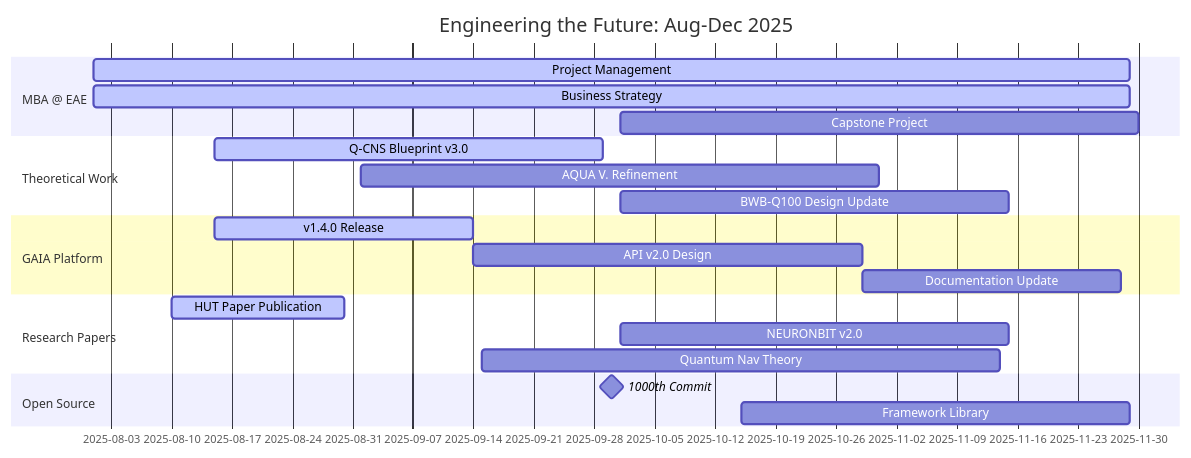
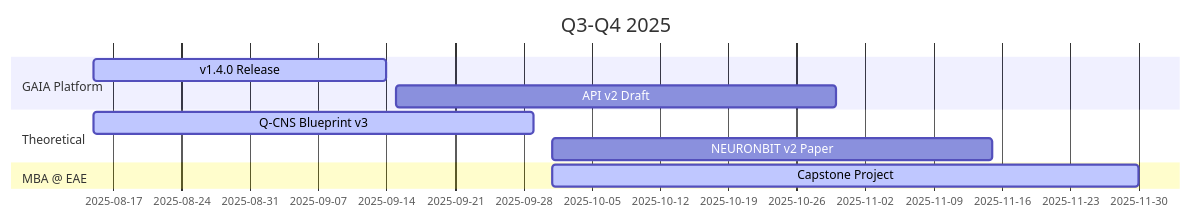
One commit to Robbbo-T/Robbbo-T changed the diagram in README.md. Above: the diagram before and after it, drawn with Mermaid. The commit also changed other lines of this file, not shown here.

````diff
--- a/README.md
+++ b/README.md
@@ -238,28 +81,13 @@
 ```mermaid
 gantt
-    title Engineering the Future: Aug-Dec 2025
-    dateFormat YYYY-MM-DD
-    section MBA @ EAE
-    Project Management    :active, mba1, 2025-08-01, 120d
-    Business Strategy     :active, mba2, 2025-08-01, 120d
-    Capstone Project      :        mba3, 2025-10-01, 60d
-    
-    section Theoretical Work
-    Q-CNS Blueprint v3.0   :active, theo1, 2025-08-15, 45d
-    AQUA V. Refinement    :        theo2, 2025-09-01, 60d
-    BWB-Q100 Design Update:        theo3, 2025-10-01, 45d
-    
-    section GAIA Platform
-    v1.4.0 Release        :active, gaia1, 2025-08-15, 30d
-    API v2.0 Design       :        gaia2, after gaia1, 45d
-    Documentation Update  :        gaia3, after gaia2, 30d
-    
-    section Research Papers
-    HUT Paper Publication :active, res1, 2025-08-10, 20d
-    NEURONBIT v2.0       :        res2, 2025-10-01, 45d
-    Quantum Nav Theory   :        res3, 2025-09-15, 60d
-    
-    section Open Source
-    1000th Commit        :milestone, 2025-09-30, 0d
-    Framework Library    :        os1, 2025-10-15, 45d
+  title Q3-Q4 2025
+  dateFormat YYYY-MM-DD
+  section GAIA Platform
+    v1.4.0 Release        :active, 2025-08-15, 30d
+    API v2 Draft          :        2025-09-15, 45d
+  section Theoretical
+    Q-CNS Blueprint v3    :active, 2025-08-15, 45d
+    NEURONBIT v2 Paper    :        2025-10-01, 45d
+  section MBA @ EAE
+    Capstone Project      :active, 2025-10-01, 60d
 ```
````
